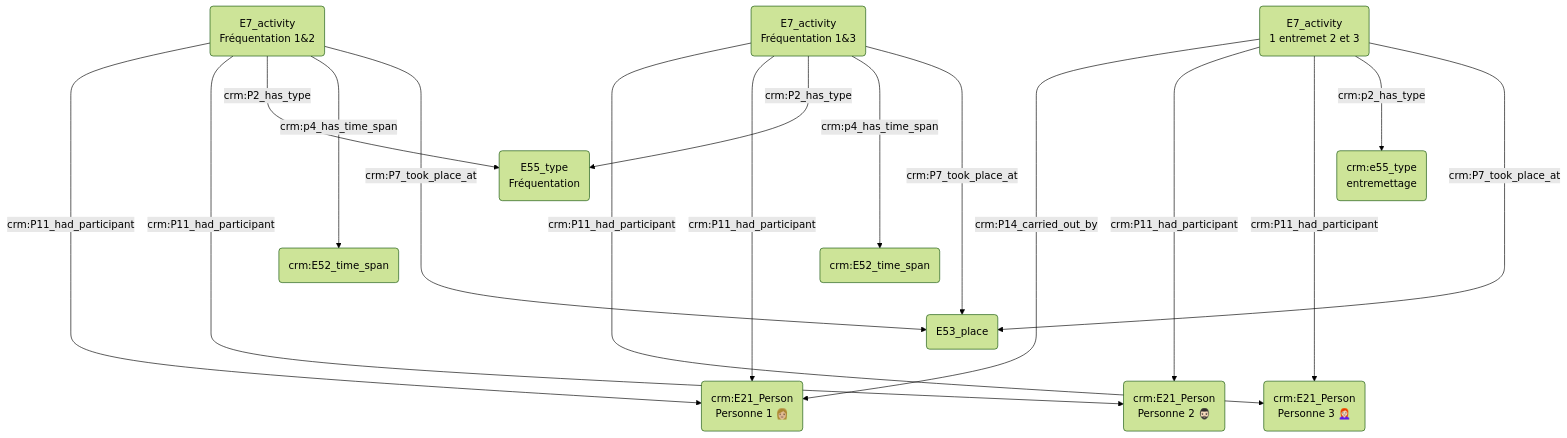
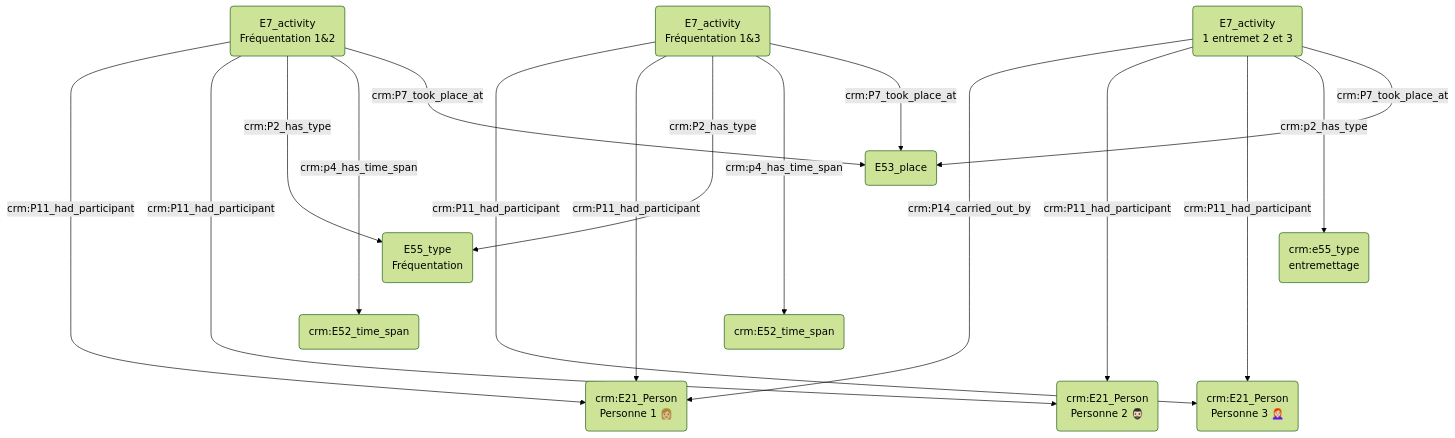
One commit to Amleth/consortium-musica2-gt2-ontologies changed the third of 3 diagrams in modules/prosopographie/index.md. Above: the diagram before and after it, drawn with Mermaid (forest theme).

````diff
--- a/modules/prosopographie/index.md
+++ b/modules/prosopographie/index.md
@@ -44,24 +44,24 @@
 ```mermaid
 graph TD;
 
 
 O(E7_activity<br>1 entremet 2 et 3) ------>|crm:P14_carried_out_by| A("crm:E21_Person<br>Personne 1 👩🏼")
 O(E7_activity<br>1 entremet 2 et 3) ------>|crm:P11_had_participant| C("crm:E21_Person<br>Personne 2 🧔🏻‍♂️")
 O(E7_activity<br>1 entremet 2 et 3) ------>|crm:P11_had_participant| E("crm:E21_Person<br>Personne 3 👩🏻‍🦰")
 D(E7_activity<br>Fréquentation 1&3) ------>|crm:P11_had_participant| E("crm:E21_Person<br>Personne 3 👩🏻‍🦰")
 B(E7_activity<br>Fréquentation 1&2) ------>|crm:P11_had_participant| A("crm:E21_Person<br>Personne 1 👩🏼")
 D(E7_activity<br>Fréquentation 1&3) ------>|crm:P11_had_participant| A("crm:E21_Person<br>Personne 1 👩🏼")
 B(E7_activity<br>Fréquentation 1&2) ------>|crm:P11_had_participant| C("crm:E21_Person<br>Personne 2 🧔🏻‍♂️")
 
-B(E7_activity<br>Fréquentation 1&2) --->|crm:P2_has_type| F(E55_type<br>Fréquentation)
-D(E7_activity<br>Fréquentation 1&3) --->|crm:P2_has_type| F(E55_type<br>Fréquentation)
-O(E7_activity<br>1 entremet 2 et 3) ---> |crm:p2_has_type| P(crm:e55_type<br>entremettage)
+B(E7_activity<br>Fréquentation 1&2) ---->|crm:P2_has_type| F(E55_type<br>Fréquentation)
+D(E7_activity<br>Fréquentation 1&3) ---->|crm:P2_has_type| F(E55_type<br>Fréquentation)
+O(E7_activity<br>1 entremet 2 et 3) ----> |crm:p2_has_type| P(crm:e55_type<br>entremettage)
 
-B(E7_activity<br>Fréquentation 1&2) ----> |crm:p4_has_time_span| I(crm:E52_time_span)
-D(E7_activity<br>Fréquentation 1&3) ----> |crm:p4_has_time_span| N(crm:E52_time_span)
+B(E7_activity<br>Fréquentation 1&2) -----> |crm:p4_has_time_span| I(crm:E52_time_span)
+D(E7_activity<br>Fréquentation 1&3) -----> |crm:p4_has_time_span| N(crm:E52_time_span)
 
-D(E7_activity<br>Fréquentation 1&3) ----->|crm:P7_took_place_at| M(E53_place)
-B(E7_activity<br>Fréquentation 1&2) ----->|crm:P7_took_place_at| M(E53_place)
-O(E7_activity<br>1 entremet 2 et 3) -----> |crm:P7_took_place_at| M(E53_place)
+D(E7_activity<br>Fréquentation 1&3) --->|crm:P7_took_place_at| M(E53_place)
+B(E7_activity<br>Fréquentation 1&2) --->|crm:P7_took_place_at| M(E53_place)
+O(E7_activity<br>1 entremet 2 et 3) ---> |crm:P7_took_place_at| M(E53_place)
 
 ```
````
